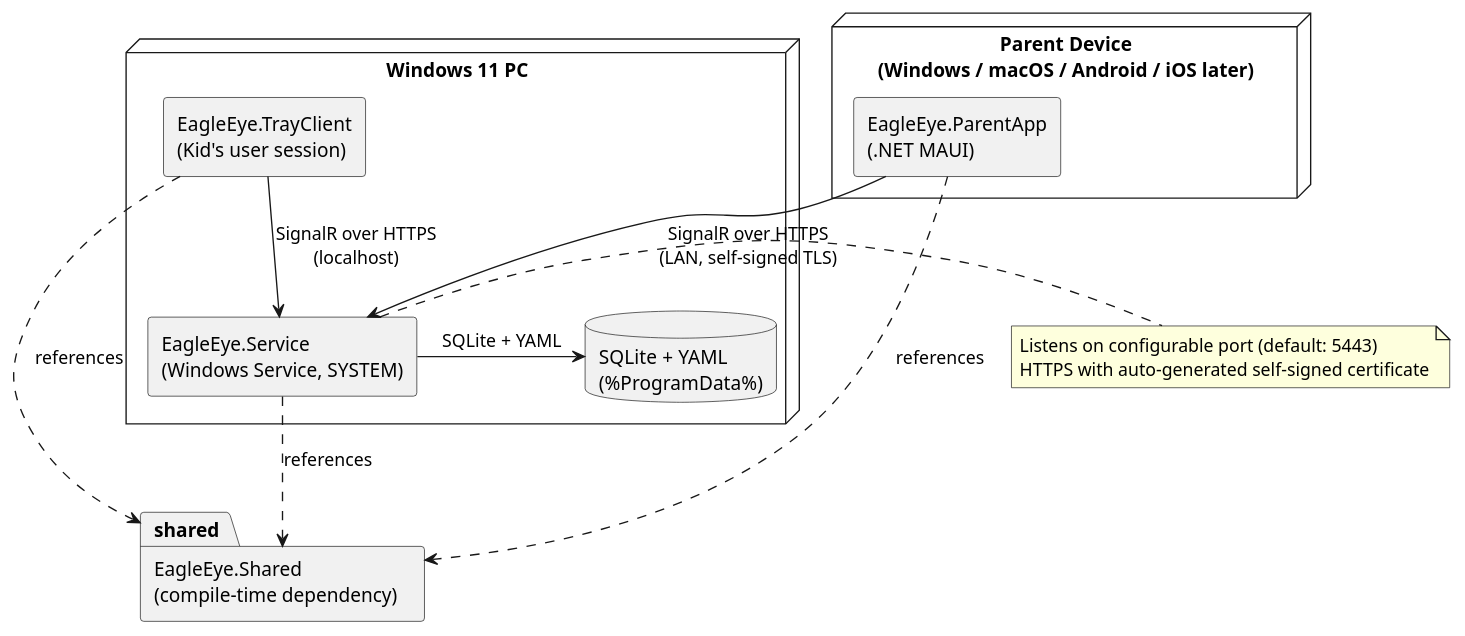
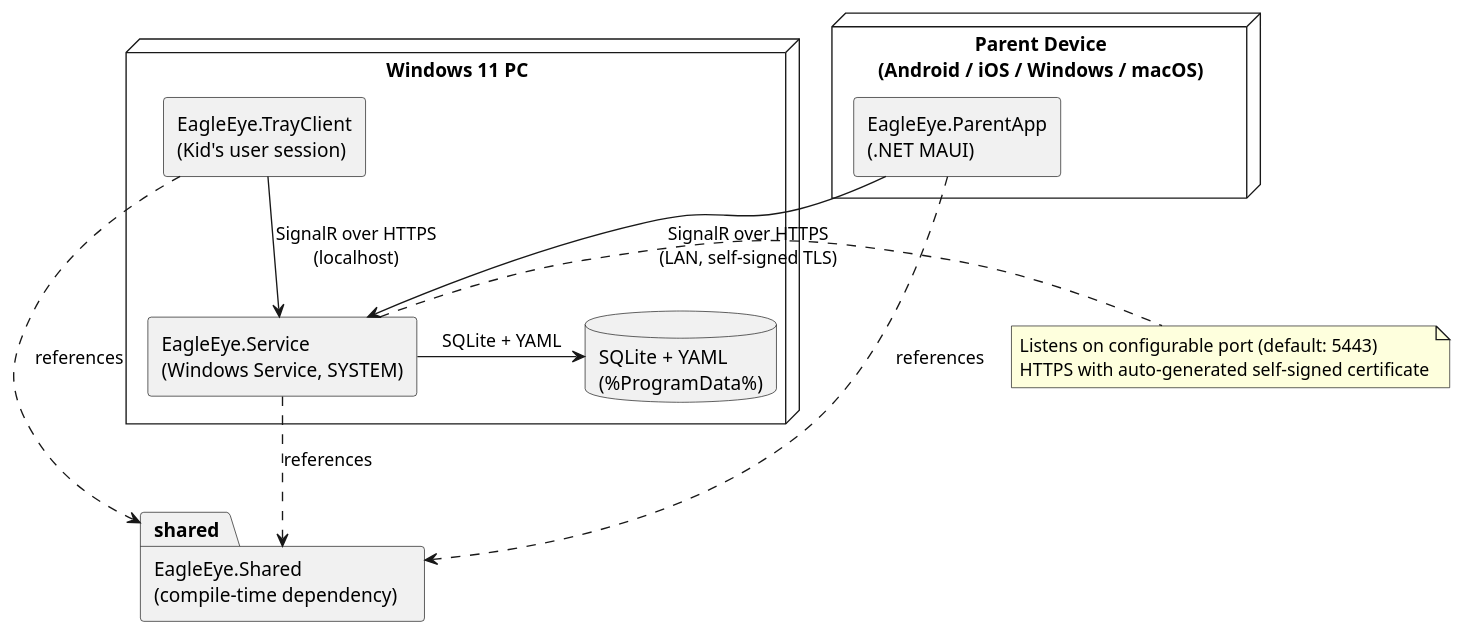
Before and after one commit to adlemich/EagleEye: the second of 14 diagrams in 02_Implementation/docs/architecture/arc42/system-architecture.md, drawn with PlantUML. The commit also changed other lines of this file and 13 other files, not shown here.

````diff
--- a/02_Implementation/docs/architecture/arc42/system-architecture.md
+++ b/02_Implementation/docs/architecture/arc42/system-architecture.md
@@ -138,30 +138,30 @@
 ```plantuml
 @startuml EagleEye Technical Context
 skinparam componentStyle rectangle
 
 node "Windows 11 PC" as winbox {
   component "EagleEye.Service\n(Windows Service, SYSTEM)" as svc
   component "EagleEye.TrayClient\n(Kid's user session)" as tray
   database "SQLite + YAML\n(%ProgramData%)" as store
 }
 
-node "Parent Device\n(Windows / macOS / Android / iOS later)" as parentdev {
+node "Parent Device\n(Android / iOS / Windows / macOS)" as parentdev {
   component "EagleEye.ParentApp\n(.NET MAUI)" as app
 }
 
 package "EagleEye.Shared\n(compile-time dependency)" as shared {
 }
 
 app -down-> svc : SignalR over HTTPS\n(LAN, self-signed TLS)
 tray -down-> svc : SignalR over HTTPS\n(localhost)
 svc -right-> store : SQLite + YAML
 svc ..> shared : references
 app ..> shared : references
 tray ..> shared : references
 
 note right of svc
   Listens on configurable port (default: 5443)
   HTTPS with auto-generated self-signed certificate
 end note
 @enduml
 ```
````
